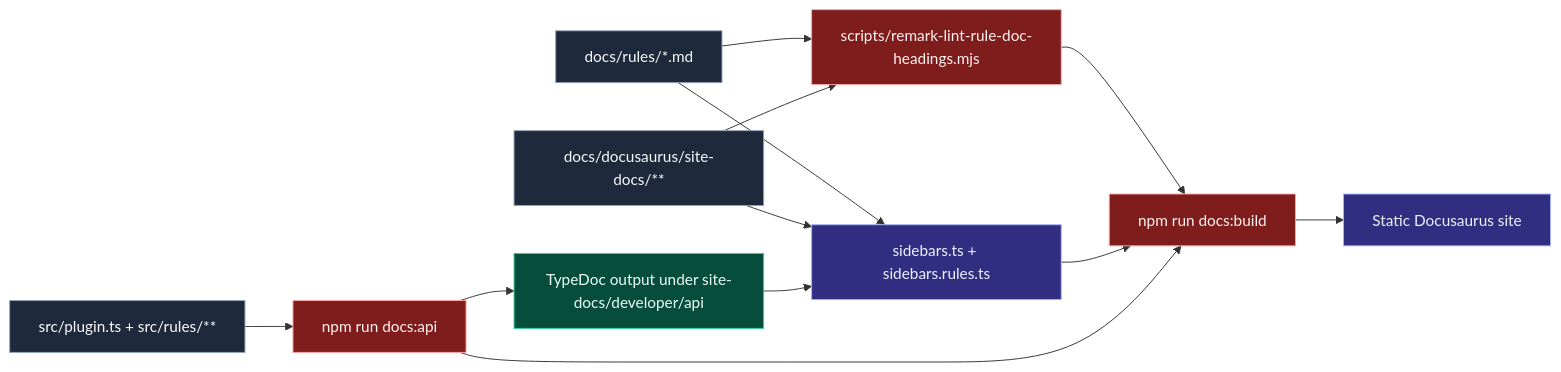
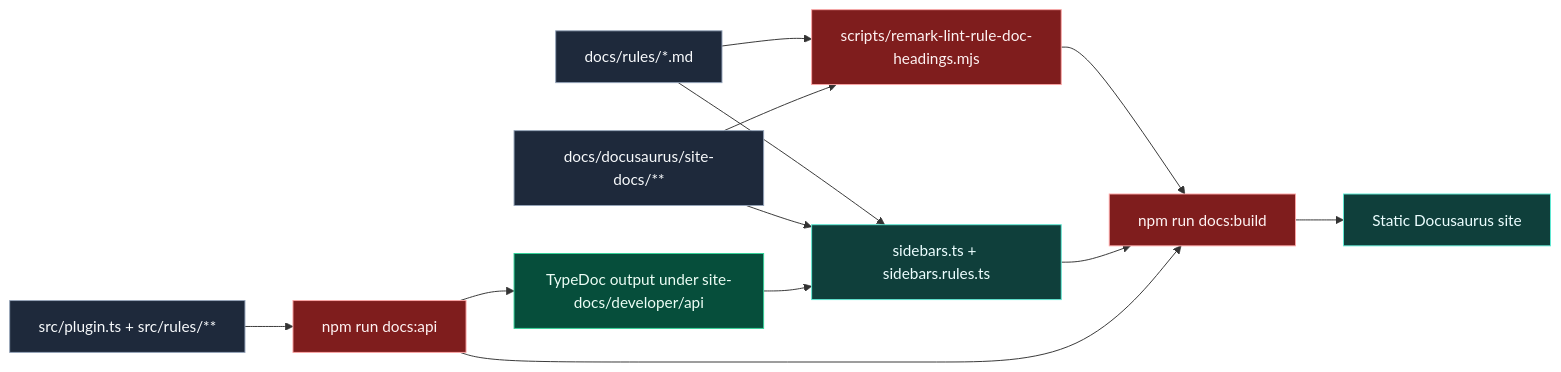
Before and after one commit to Nick2bad4u/eslint-plugin-runtime-cleanup: the diagram in docs/docusaurus/site-docs/developer/charts/docs-and-api-pipeline.md, drawn with Mermaid. The commit also changed 46 other files, not shown here.

````diff
--- a/docs/docusaurus/site-docs/developer/charts/docs-and-api-pipeline.md
+++ b/docs/docusaurus/site-docs/developer/charts/docs-and-api-pipeline.md
@@ -11,33 +11,33 @@
 ```mermaid
 flowchart LR
     classDef authored fill:#1e293b,stroke:#94a3b8,color:#f8fafc,stroke-width:1px
     classDef generated fill:#064e3b,stroke:#34d399,color:#ecfdf5,stroke-width:1px
     classDef validation fill:#7f1d1d,stroke:#fca5a5,color:#fef2f2,stroke-width:1px
-    classDef output fill:#312e81,stroke:#a5b4fc,color:#eef2ff,stroke-width:1px
+    classDef output fill:#0f3f3b,stroke:#5eead4,color:#ecfeff,stroke-width:1px
 
     A[docs/rules/*.md]
     B[docs/docusaurus/site-docs/**]
     C[src/plugin.ts + src/rules/**]
     D[scripts/remark-lint-rule-doc-headings.mjs]
     E[npm run docs:api]
     F[TypeDoc output under site-docs/developer/api]
     G[sidebars.ts + sidebars.rules.ts]
     H[npm run docs:build]
     I[Static Docusaurus site]
 
     A --> D
     B --> D
     C --> E --> F
     A --> G
     B --> G
     F --> G
     D --> H
     G --> H
     E --> H
     H --> I
 
     class A,B,C authored
     class F generated
     class D,E,H validation
     class G,I output
 ```
````
